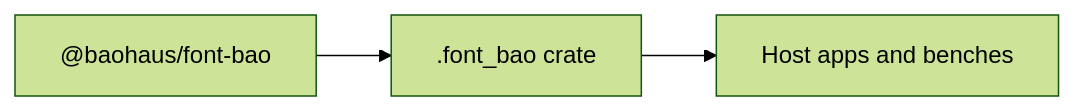
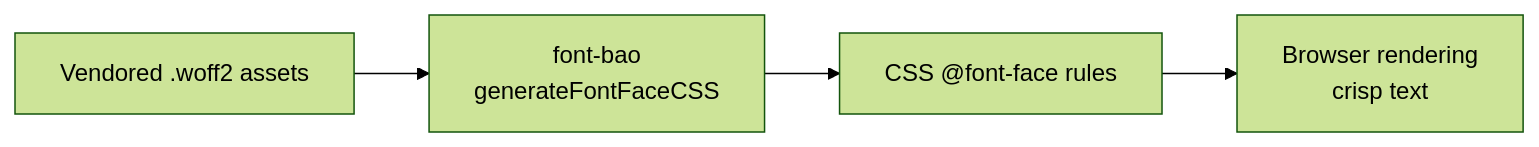
Before and after one commit to d4551/docduckgoose: the diagram in bao-source/font-bao/README.md, drawn with Mermaid (forest theme). The commit also changed other lines of this file and 295 other files, not shown here.

````diff
--- a/bao-source/font-bao/README.md
+++ b/bao-source/font-bao/README.md
@@ -10,5 +15,6 @@
 ```mermaid
 flowchart LR
-  producer["@baohaus/font-bao"] --> crate[".font_bao crate"]
-  crate --> consumers["Host apps and benches"]
+  woff["Vendored .woff2 assets"] --> fontbao["font-bao\ngenerateFontFaceCSS"]
+  fontbao --> css["CSS @font-face rules"]
+  css --> browser["Browser rendering\ncrisp text"]
 ```
````
